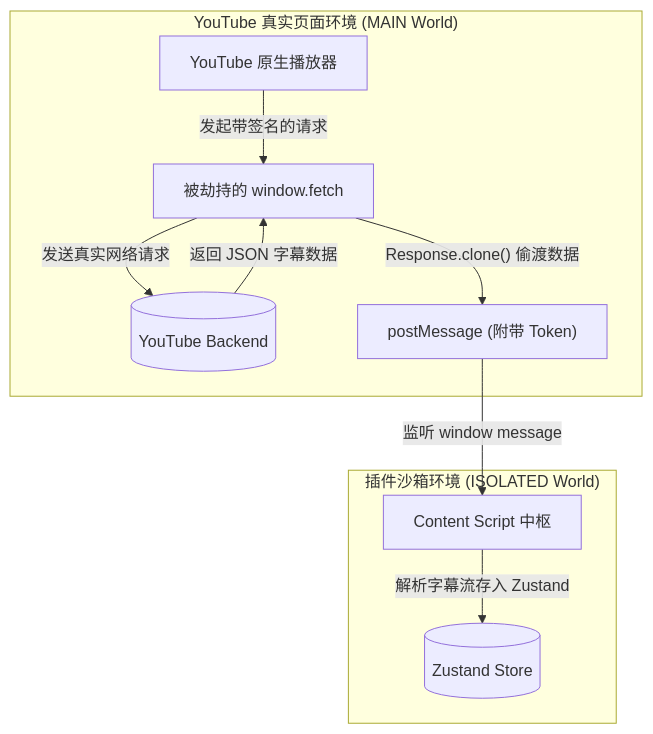
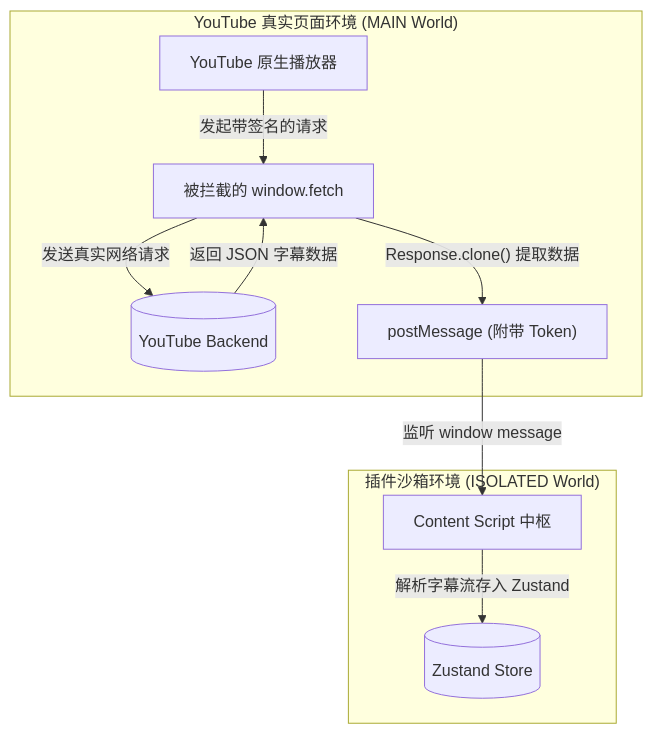
The first of 2 diagrams in src/content/posts/tubewidget-architecture/index.md (NollieLeo/NollieLeo.github.io), drawn with Mermaid before and after one commit. The commit also changed other lines of this file and 5 other files, not shown here.

````diff
--- a/src/content/posts/tubewidget-architecture/index.md
+++ b/src/content/posts/tubewidget-architecture/index.md
@@ -36,14 +36,14 @@
 ```mermaid
 flowchart TD
     subgraph MAIN ["YouTube 真实页面环境 (MAIN World)"]
-        YT["YouTube 原生播放器"] -->|"发起带签名的请求"| FetchHook["被劫持的 window.fetch"]
+        YT["YouTube 原生播放器"] -->|"发起带签名的请求"| FetchHook["被拦截的 window.fetch"]
         FetchHook -->|"发送真实网络请求"| Server[("YouTube Backend")]
         Server -->|"返回 JSON 字幕数据"| FetchHook
-        FetchHook -->|"Response.clone() 偷渡数据"| Dispatcher["postMessage (附带 Token)"]
+        FetchHook -->|"Response.clone() 提取数据"| Dispatcher["postMessage (附带 Token)"]
     end
 
     subgraph ISOLATED ["插件沙箱环境 (ISOLATED World)"]
         Dispatcher -->|"监听 window message"| CS["Content Script 中枢"]
         CS -->|"解析字幕流存入 Zustand"| Store[("Zustand Store")]
     end
 ```
````
